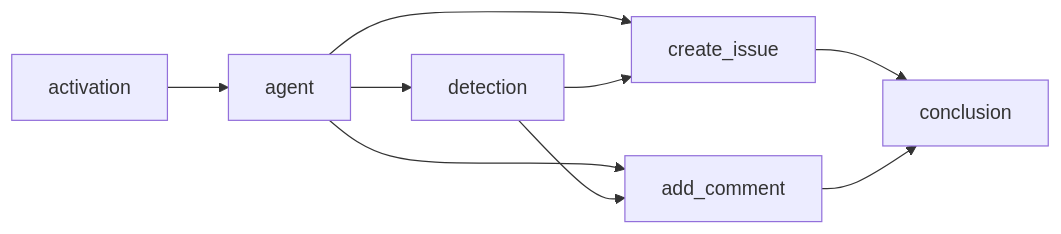
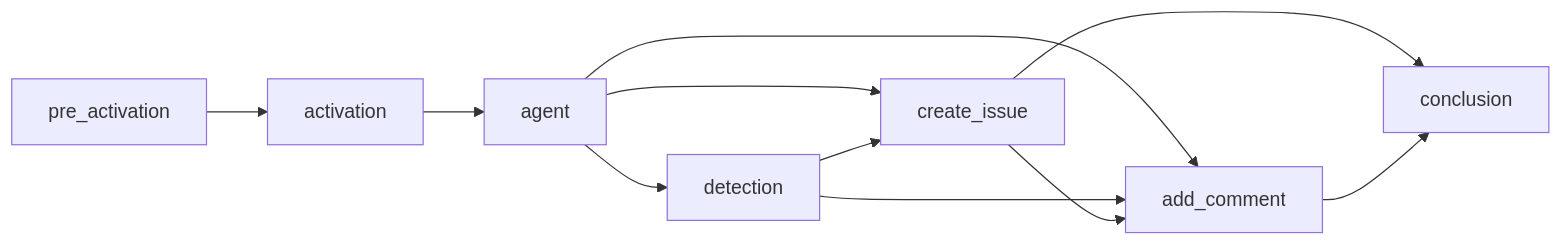
One commit to githubnext/gh-aw changed the diagram in docs/src/content/docs/reference/compilation-process.md. Above: the diagram before and after it, drawn with Mermaid. The commit also changed other lines of this file, not shown here.

````diff
--- a/docs/src/content/docs/reference/compilation-process.md
+++ b/docs/src/content/docs/reference/compilation-process.md
@@ -337,18 +122,21 @@
 ```mermaid
 graph LR
+  pre_activation["pre_activation"]
   activation["activation"]
   agent["agent"]
   detection["detection"]
   create_issue["create_issue"]
   add_comment["add_comment"]
   conclusion["conclusion"]
-  
+
+  pre_activation --> activation
   activation --> agent
   agent --> detection
   agent --> create_issue
   agent --> add_comment
   detection --> create_issue
   detection --> add_comment
+  create_issue --> add_comment
   create_issue --> conclusion
   add_comment --> conclusion
 ```
````
